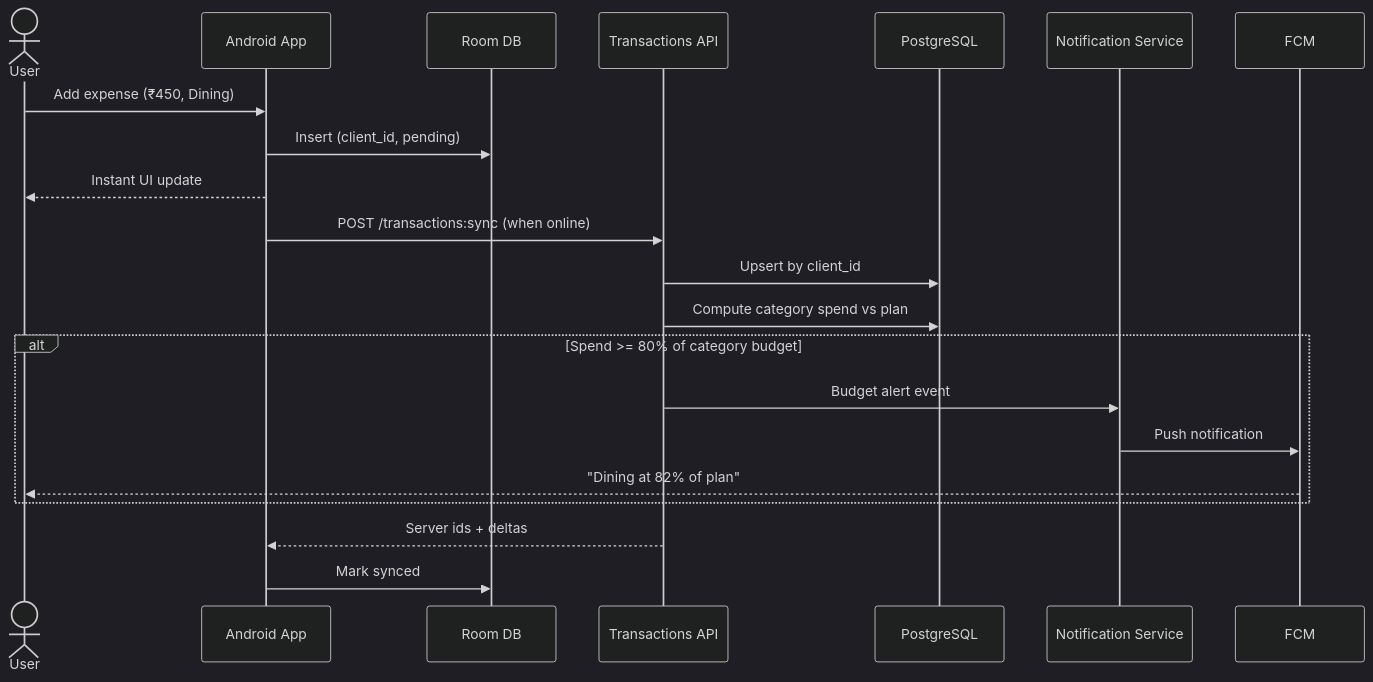
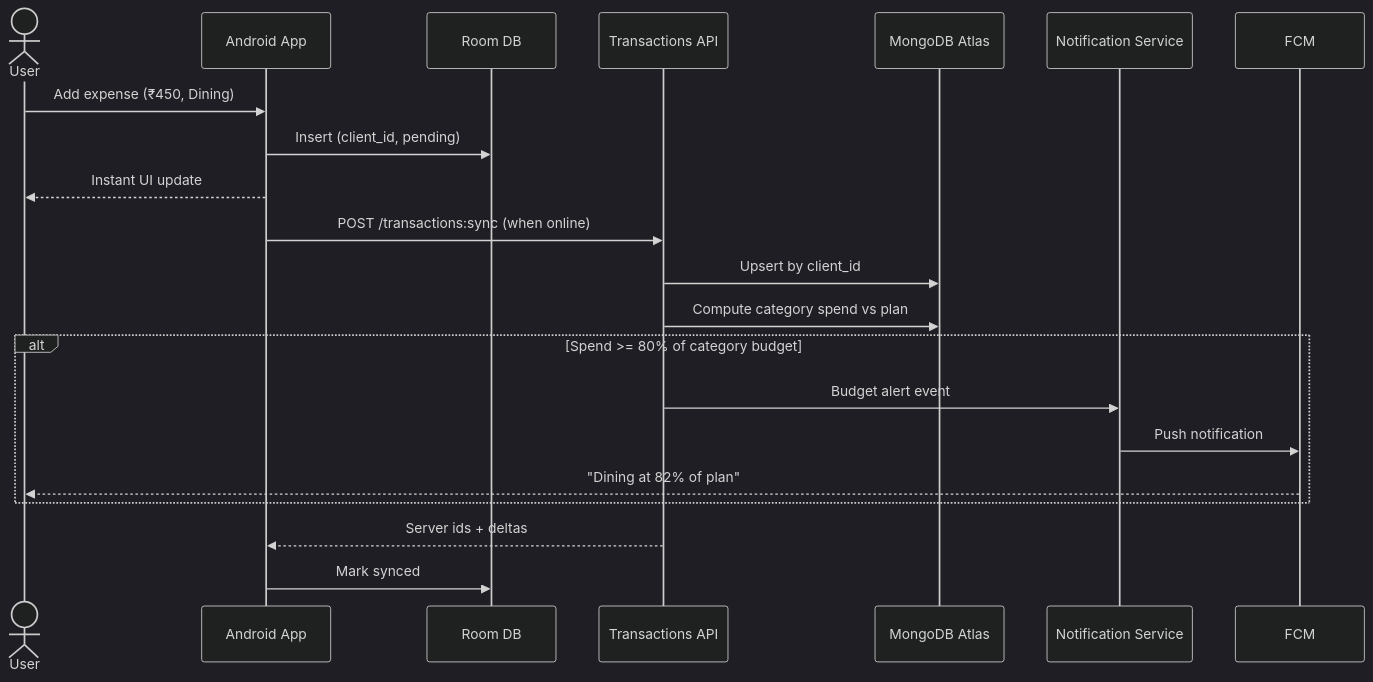
The sixth of 7 diagrams in artifacts/05_Data_Flow_Diagrams.md (Roni1256/Personal-Fin), drawn with Mermaid (dark theme) before and after one commit. The commit also changed other lines of this file and 25 other files, not shown here.

````diff
--- a/artifacts/05_Data_Flow_Diagrams.md
+++ b/artifacts/05_Data_Flow_Diagrams.md
@@ -198,24 +198,24 @@
 ```mermaid
 sequenceDiagram
     actor U as User
     participant App as Android App
     participant Room as Room DB
     participant API as Transactions API
-    participant DB as PostgreSQL
+    participant DB as MongoDB Atlas
     participant N as Notification Service
     participant FCM as FCM
 
     U->>App: Add expense (₹450, Dining)
     App->>Room: Insert (client_id, pending)
     App-->>U: Instant UI update
     App->>API: POST /transactions:sync (when online)
     API->>DB: Upsert by client_id
     API->>DB: Compute category spend vs plan
     alt Spend >= 80% of category budget
         API->>N: Budget alert event
         N->>FCM: Push notification
         FCM-->>U: "Dining at 82% of plan"
     end
     API-->>App: Server ids + deltas
     App->>Room: Mark synced
 ```
````
